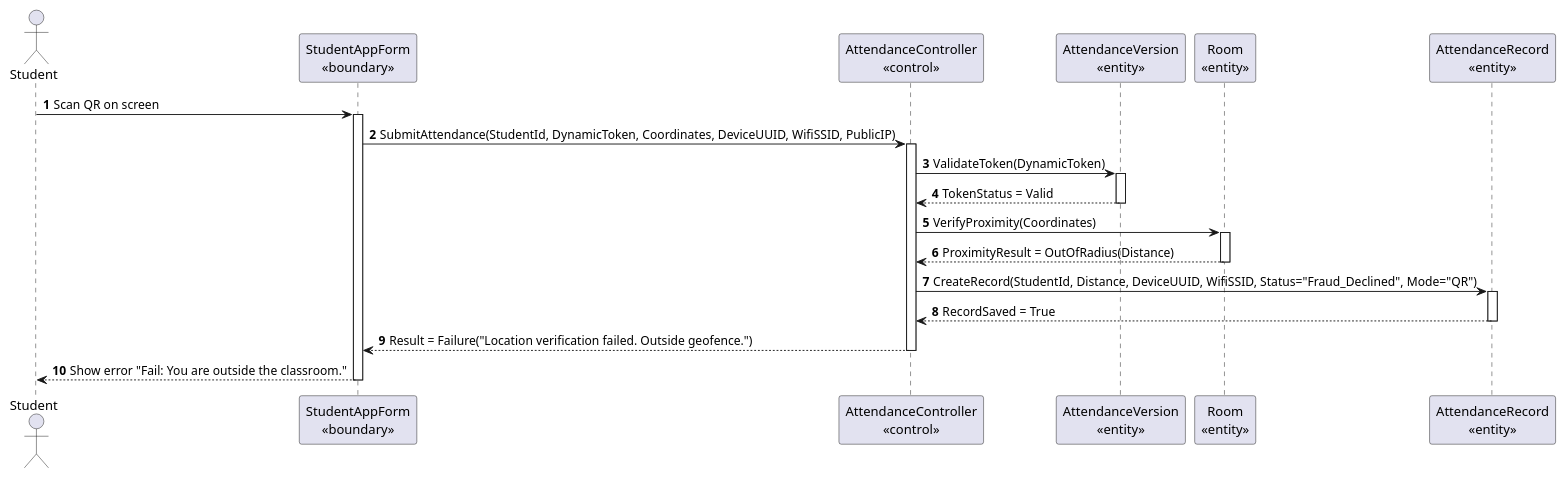
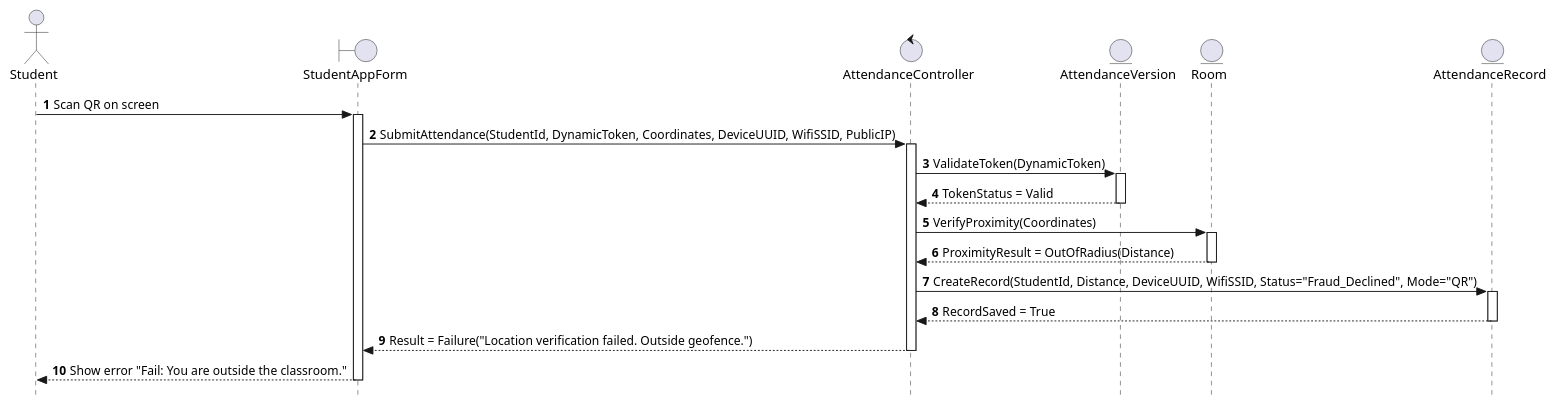
Before and after one commit to nttung42/SWD392: the ninth of 31 diagrams in MainDocs/AFAS_RDS_Document_Part1B_Analysis_models.md, drawn with PlantUML. The commit also changed other lines of this file, not shown here.

Commit message:
docs: refactor sequence diagrams to use strict UML/BCE and add message description tables

````diff
--- a/MainDocs/AFAS_RDS_Document_Part1B_Analysis_models.md
+++ b/MainDocs/AFAS_RDS_Document_Part1B_Analysis_models.md
@@ -598,36 +654,37 @@
 ```plantuml
 @startuml
+skinparam style strictuml
 autonumber
 actor Student as "Student"
-participant SAF as "StudentAppForm\n«boundary»"
-participant AC as "AttendanceController\n«control»"
-participant V as "AttendanceVersion\n«entity»"
-participant R as "Room\n«entity»"
-participant AR as "AttendanceRecord\n«entity»"
+boundary SAF as "StudentAppForm"
+control AC as "AttendanceController"
+entity V as "AttendanceVersion"
+entity R as "Room"
+entity AR as "AttendanceRecord"
 
 Student -> SAF : Scan QR on screen
 activate SAF
 SAF -> AC : SubmitAttendance(StudentId, DynamicToken, Coordinates, DeviceUUID, WifiSSID, PublicIP)
 activate AC
 
 AC -> V : ValidateToken(DynamicToken)
 activate V
 V --> AC : TokenStatus = Valid
 deactivate V
 
 AC -> R : VerifyProximity(Coordinates)
 activate R
 R --> AC : ProximityResult = OutOfRadius(Distance)
 deactivate R
 
 AC -> AR : CreateRecord(StudentId, Distance, DeviceUUID, WifiSSID, Status="Fraud_Declined", Mode="QR")
 activate AR
 AR --> AC : RecordSaved = True
 deactivate AR
 
 AC --> SAF : Result = Failure("Location verification failed. Outside geofence.")
 deactivate AC
 SAF --> Student : Show error "Fail: You are outside the classroom."
 deactivate SAF
 @enduml
 ```
````
